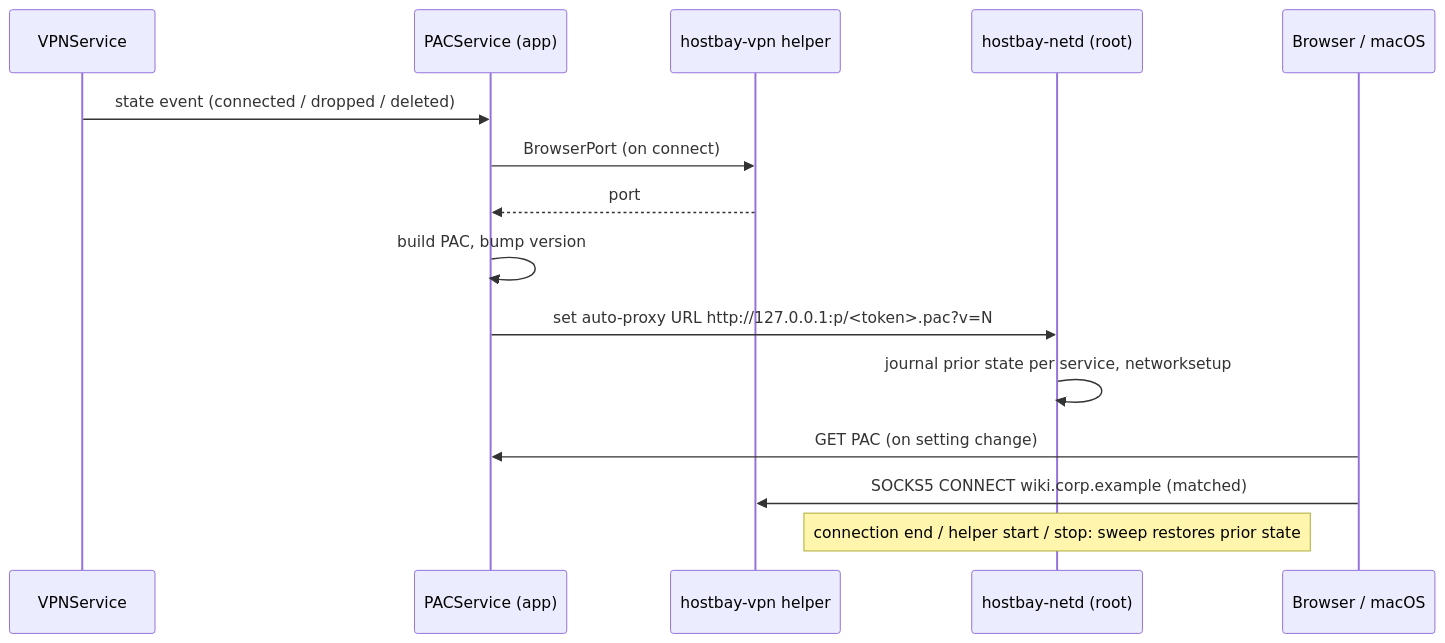
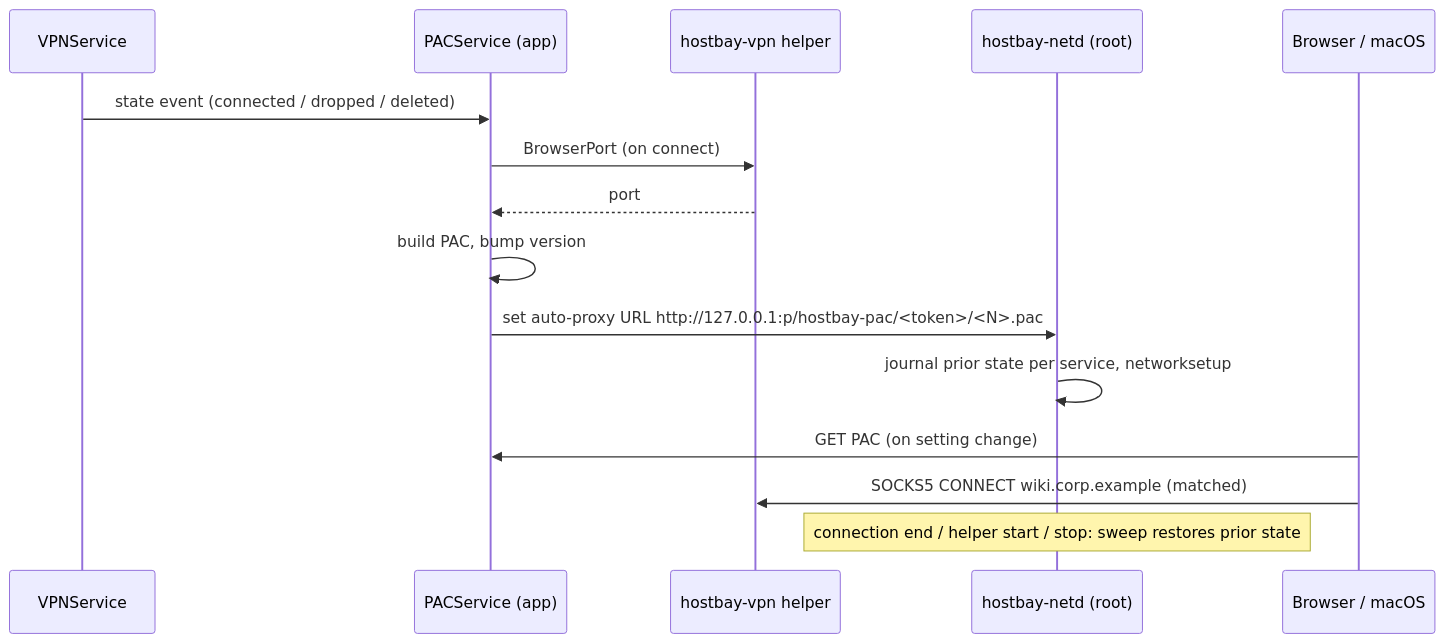
One commit to lsanthosh08/hostbay changed the first of 2 diagrams in docs/plans/2026-11-03-1127-feat-vpn-domain-routing-plan.md. Above: the diagram before and after it, drawn with Mermaid. The commit also changed other lines of this file, not shown here.

````diff
--- a/docs/plans/2026-11-03-1127-feat-vpn-domain-routing-plan.md
+++ b/docs/plans/2026-11-03-1127-feat-vpn-domain-routing-plan.md
@@ -155,17 +155,17 @@
 ```mermaid
 sequenceDiagram
   participant V as VPNService
   participant P as PACService (app)
   participant H as hostbay-vpn helper
   participant N as hostbay-netd (root)
   participant B as Browser / macOS
   V->>P: state event (connected / dropped / deleted)
   P->>H: BrowserPort (on connect)
   H-->>P: port
   P->>P: build PAC, bump version
-  P->>N: set auto-proxy URL http://127.0.0.1:p/<token>.pac?v=N
+  P->>N: set auto-proxy URL http://127.0.0.1:p/hostbay-pac/<token>/<N>.pac
   N->>N: journal prior state per service, networksetup
   B->>P: GET PAC (on setting change)
   B->>H: SOCKS5 CONNECT wiki.corp.example (matched)
   Note over N: connection end / helper start / stop: sweep restores prior state
 ```
````
